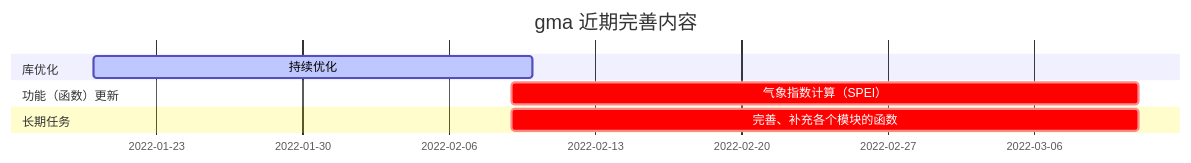
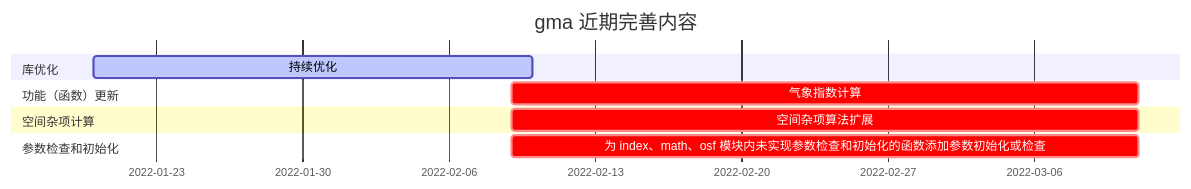
One commit to LiChongrui/geoncs changed the diagram in docs/gma/Plan.md. Above: the diagram before and after it, drawn with Mermaid. The commit also changed other lines of this file and 474 other files, not shown here.

````diff
--- a/docs/gma/Plan.md
+++ b/docs/gma/Plan.md
@@ -14,18 +14,22 @@
 ```mermaid
 gantt
         dateFormat  YYYY-MM-DD
         title gma 近期完善内容
 
         section 库优化
 
         持续优化: active, des3, 2022-01-20, 2022-02-10
 
         section 功能（函数）更新
 
-        气象指数计算（SPEI）: crit, after now,30d
+        气象指数计算: crit, after now,30d
+        
+        section 空间杂项计算
 
-        section 长期任务
+        空间杂项算法扩展: crit, after now,30d
 
-        完善、补充各个模块的函数: crit, after now,30d
+        section 参数检查和初始化
+
+        为 index、math、osf 模块内未实现参数检查和初始化的函数添加参数初始化或检查: crit, after now,30d
 
 ```
````
